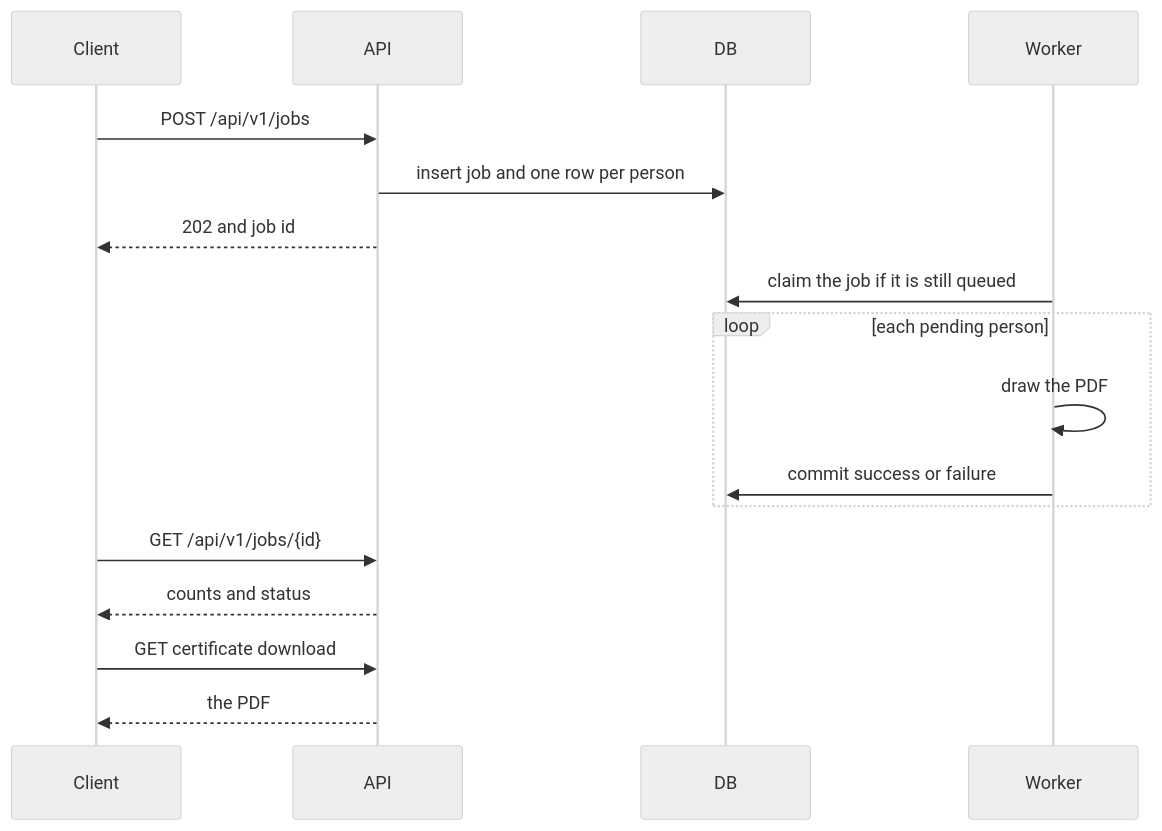
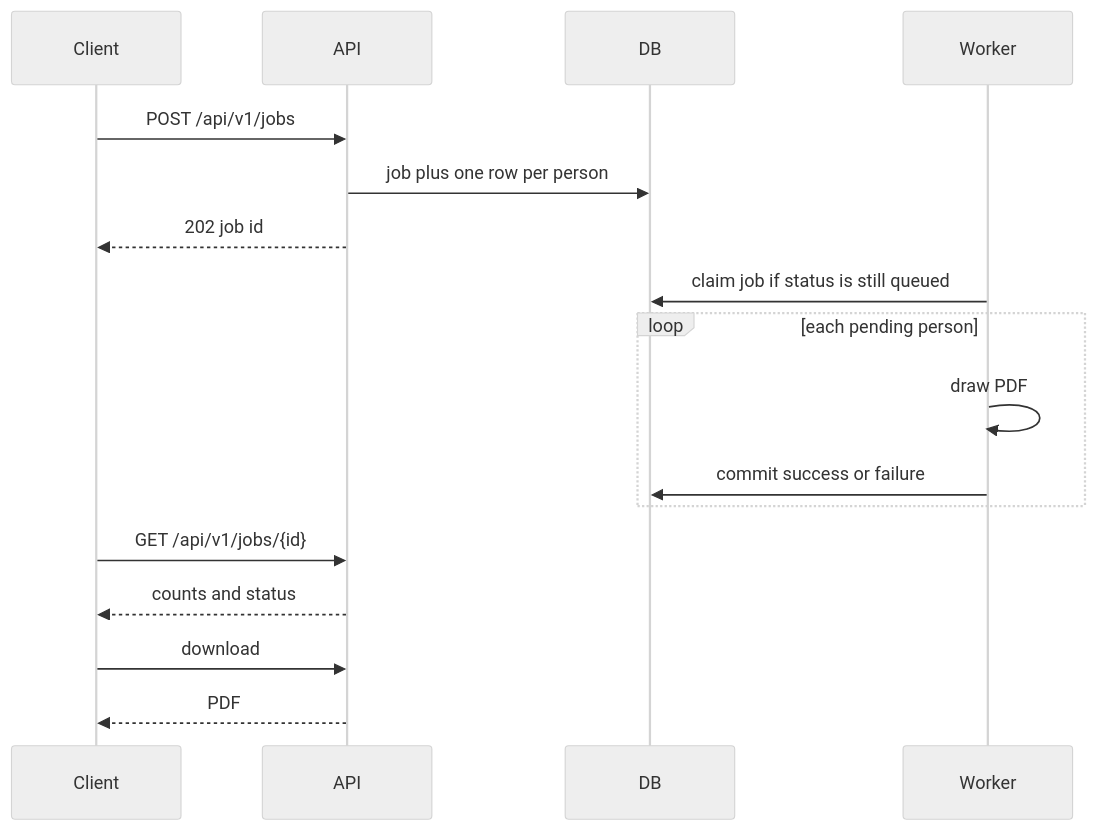
Before and after one commit to Divyanshu0230/Bulk-Certificate-Generator-API-Divyanshu: the second of 2 diagrams in README.md, drawn with Mermaid (neutral theme). The commit also changed other lines of this file and 10 other files, not shown here.

````diff
--- a/README.md
+++ b/README.md
@@ -144,19 +154,19 @@
 ```mermaid
 sequenceDiagram
     participant Client
     participant API
     participant DB
     participant Worker
     Client->>API: POST /api/v1/jobs
-    API->>DB: insert job and one row per person
-    API-->>Client: 202 and job id
-    Worker->>DB: claim the job if it is still queued
+    API->>DB: job plus one row per person
+    API-->>Client: 202 job id
+    Worker->>DB: claim job if status is still queued
     loop each pending person
-        Worker->>Worker: draw the PDF
+        Worker->>Worker: draw PDF
         Worker->>DB: commit success or failure
     end
     Client->>API: GET /api/v1/jobs/{id}
     API-->>Client: counts and status
-    Client->>API: GET certificate download
-    API-->>Client: the PDF
+    Client->>API: download
+    API-->>Client: PDF
 ```
````
